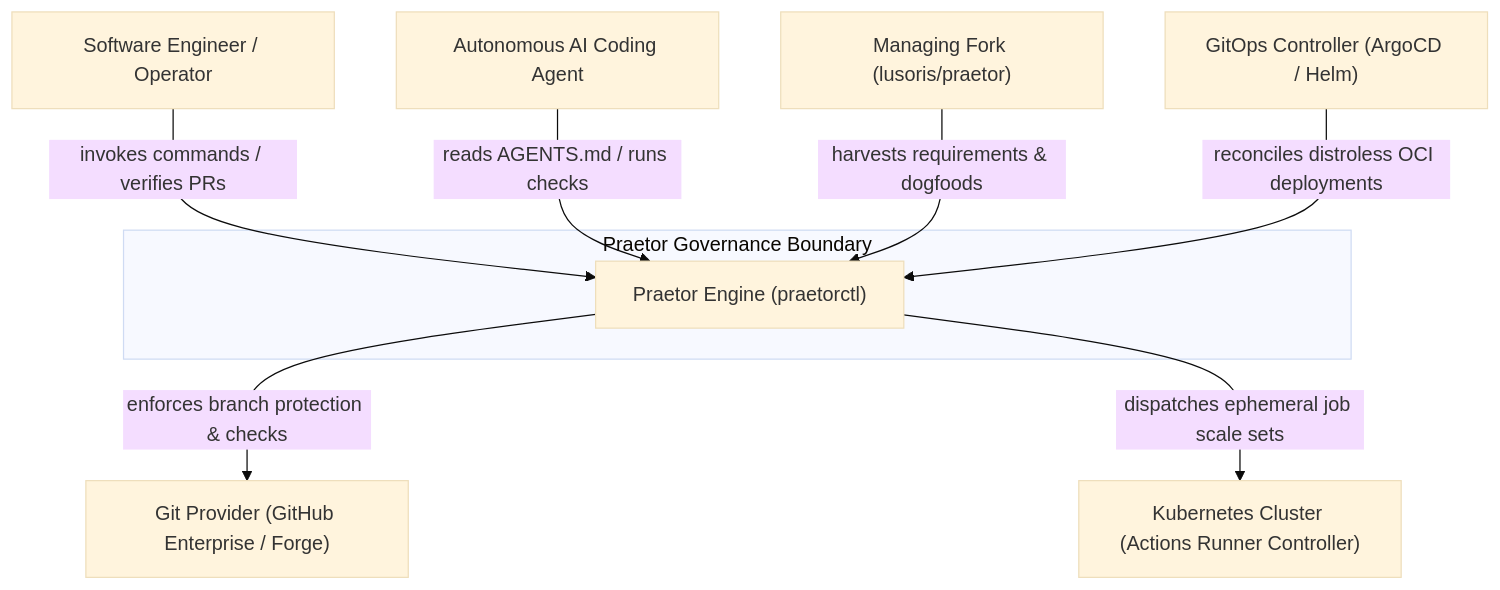
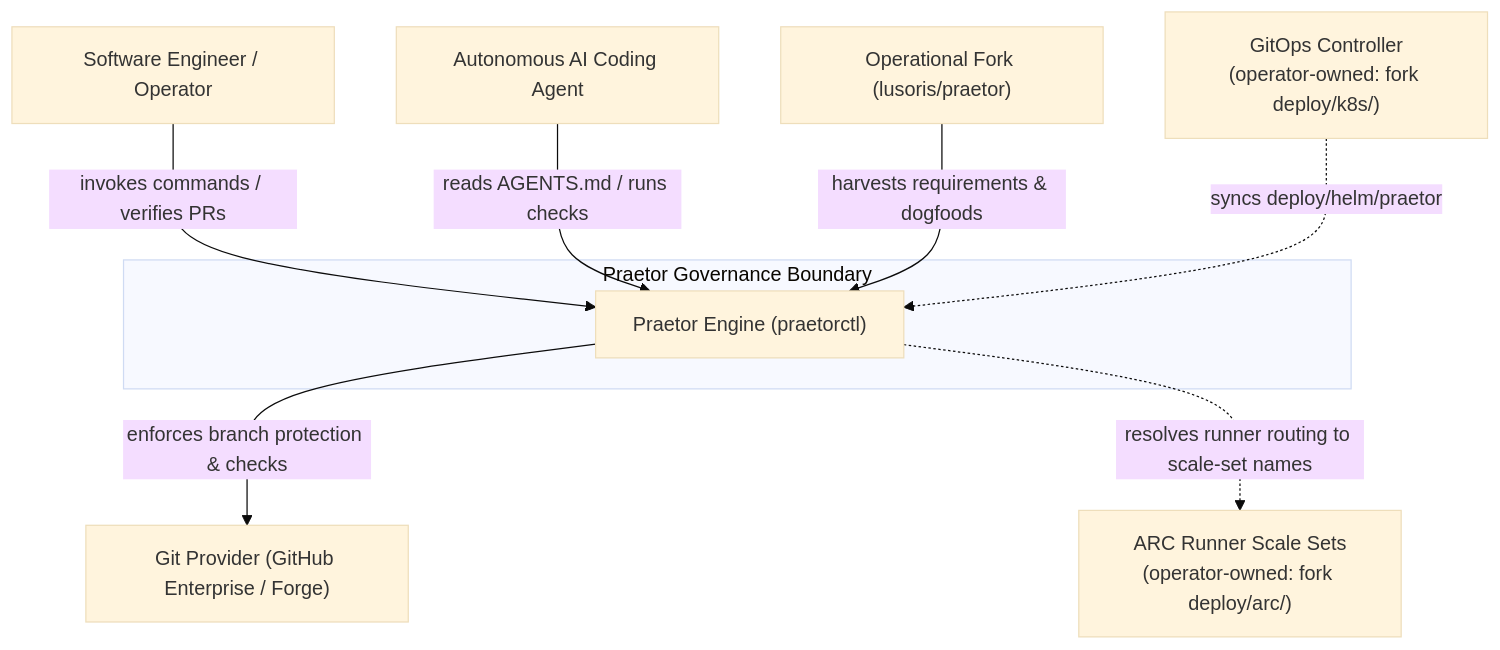
One commit to cordanaLLM/praetor changed the first of 3 diagrams in docs/architecture/c4-models.md. Above: the diagram before and after it, drawn with Mermaid (base theme). The commit also changed other lines of this file and 41 other files, not shown here.

````diff
--- a/docs/architecture/c4-models.md
+++ b/docs/architecture/c4-models.md
@@ -11,21 +11,21 @@
 ```mermaid
 flowchart TD
     DEVELOPER["Software Engineer / Operator"]
     AGENT["Autonomous AI Coding Agent"]
     
     subgraph SYSTEM_BOUNDARY["Praetor Governance Boundary"]
         PRAETOR["Praetor Engine (praetorctl)"]
     end
     
-    FORK["Managing Fork (lusoris/praetor)"]
+    FORK["Operational Fork (lusoris/praetor)"]
     GIT_PROVIDER["Git Provider (GitHub Enterprise / Forge)"]
-    K8S_ARC["Kubernetes Cluster (Actions Runner Controller)"]
-    GITOPS["GitOps Controller (ArgoCD / Helm)"]
+    K8S_ARC["ARC Runner Scale Sets\n(operator-owned: fork deploy/arc/)"]
+    GITOPS["GitOps Controller\n(operator-owned: fork deploy/k8s/)"]
 
     DEVELOPER -->|"invokes commands / verifies PRs"| PRAETOR
     AGENT -->|"reads AGENTS.md / runs checks"| PRAETOR
     FORK -->|"harvests requirements & dogfoods"| PRAETOR
     PRAETOR -->|"enforces branch protection & checks"| GIT_PROVIDER
-    PRAETOR -->|"dispatches ephemeral job scale sets"| K8S_ARC
-    GITOPS -->|"reconciles distroless OCI deployments"| PRAETOR
+    PRAETOR -.->|"resolves runner routing to scale-set names"| K8S_ARC
+    GITOPS -.->|"syncs deploy/helm/praetor"| PRAETOR
 ```
````
